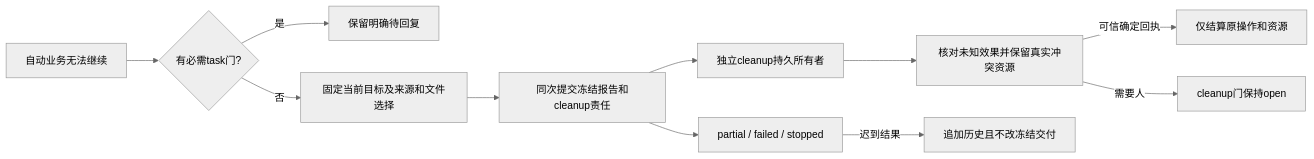
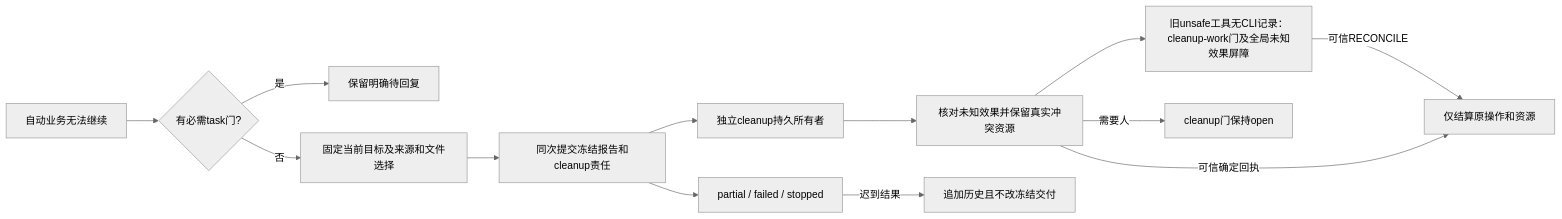
The fourth of 6 diagrams in docs/implementation/kej-113-task-resilience.md (kejun/squad), drawn with Mermaid (neutral theme) before and after one commit. The commit also changed other lines of this file and 173 other files, not shown here.

````diff
--- a/docs/implementation/kej-113-task-resilience.md
+++ b/docs/implementation/kej-113-task-resilience.md
@@ -114,13 +116,15 @@
 ```mermaid
 flowchart LR
     Need[自动业务无法继续] --> Decide{有必需task门?}
     Decide -->|是| Human[保留明确待回复]
     Decide -->|否| Snapshot[固定当前目标及来源和文件选择]
     Snapshot --> Tx[同次提交冻结报告和cleanup责任]
     Tx --> Final[partial / failed / stopped]
     Tx --> Cleanup[独立cleanup持久所有者]
     Cleanup --> Unknown[核对未知效果并保留真实冲突资源]
+    Unknown --> Legacy[旧unsafe工具无CLI记录：cleanup-work门及全局未知效果屏障]
+    Legacy -->|可信RECONCILE| Settled[仅结算原操作和资源]
     Unknown -->|可信确定回执| Settled[仅结算原操作和资源]
     Unknown -->|需要人| CleanupGate[cleanup门保持open]
     Final -->|迟到结果| History[追加历史且不改冻结交付]
 ```
````
